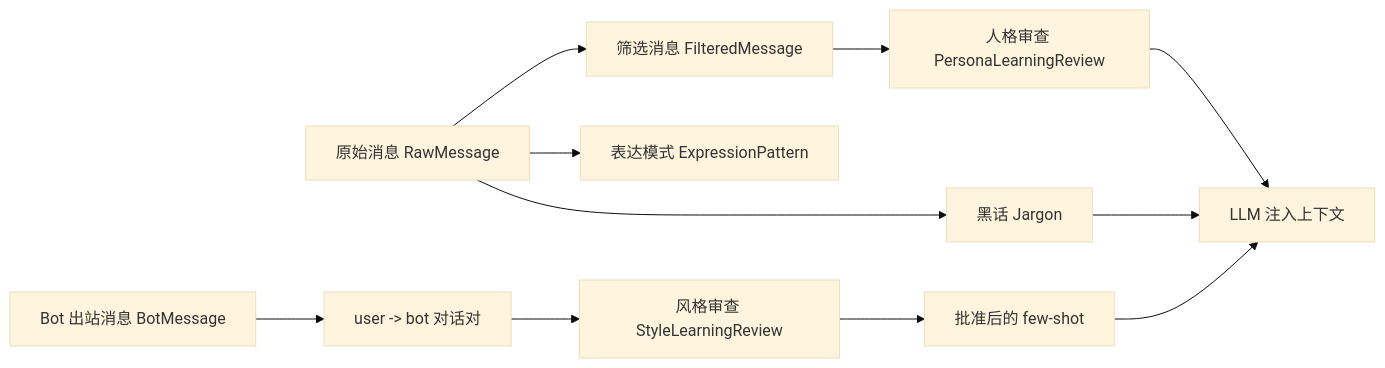
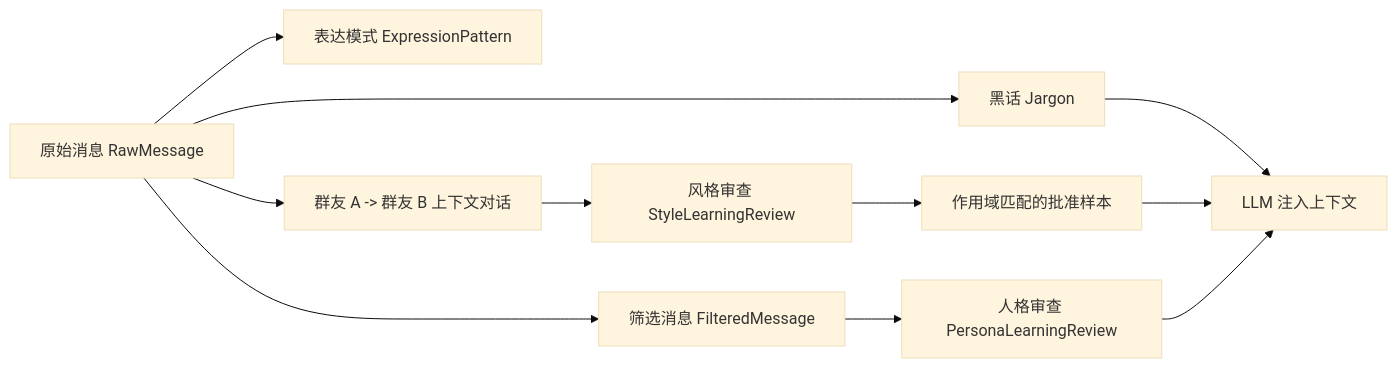
One commit to zqf20096327/ai_collect changed the third of 3 diagrams in data/readmes/NickCharlie__astrbot_plugin_self_learning.md. Above: the diagram before and after it, drawn with Mermaid (base theme). The commit also changed other lines of this file and 1934 other files, not shown here.

````diff
--- a/data/readmes/NickCharlie__astrbot_plugin_self_learning.md
+++ b/data/readmes/NickCharlie__astrbot_plugin_self_learning.md
@@ -162,13 +162,13 @@
 ```mermaid
 flowchart LR
     Raw["原始消息 RawMessage"] --> Filtered["筛选消息 FilteredMessage"]
     Raw --> Expression["表达模式 ExpressionPattern"]
     Raw --> Jargon["黑话 Jargon"]
-    Sent["Bot 出站消息 BotMessage"] --> Pair["user -> bot 对话对"]
+    Raw --> Pair["群友 A -> 群友 B 上下文对话"]
     Pair --> StyleReview["风格审查 StyleLearningReview"]
     Filtered --> PersonaReview["人格审查 PersonaLearningReview"]
-    StyleReview --> Approved["批准后的 few-shot"]
+    StyleReview --> Approved["作用域匹配的批准样本"]
     Jargon --> Context["LLM 注入上下文"]
     Approved --> Context
     PersonaReview --> Context
 ```
````
